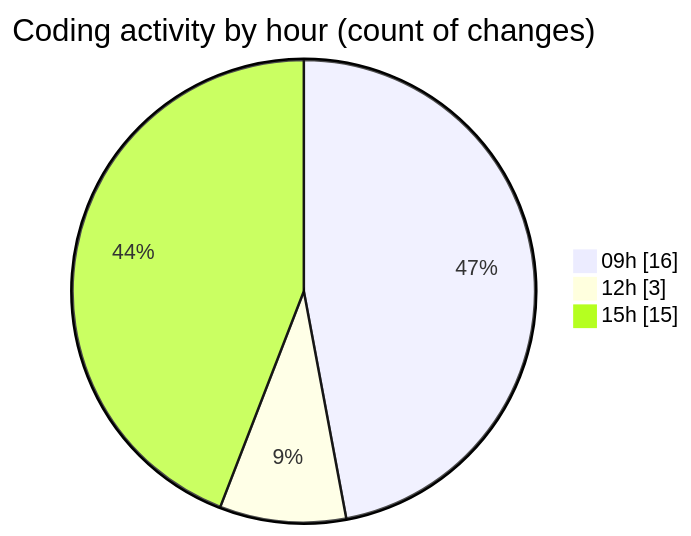
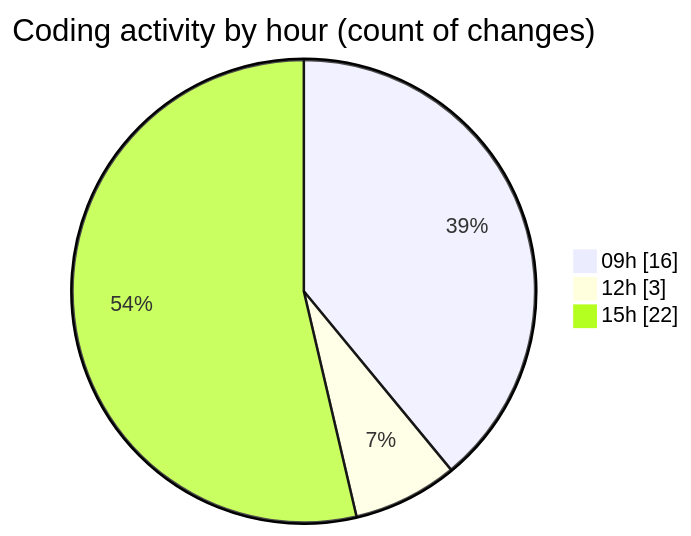
The second of 2 diagrams in 2025-07-08/cda/README.md (momahboobian/code-tracking), drawn with Mermaid before and after one commit. The commit also changed other lines of this file and 1 other file, not shown here.

````diff
--- a/2025-07-08/cda/README.md
+++ b/2025-07-08/cda/README.md
@@ -38,7 +39,7 @@
 ```mermaid
 pie showData
 title Coding activity by hour (count of changes)
 "09h" : 16
 "12h" : 3
-"15h" : 15
+"15h" : 22
 ```
````
